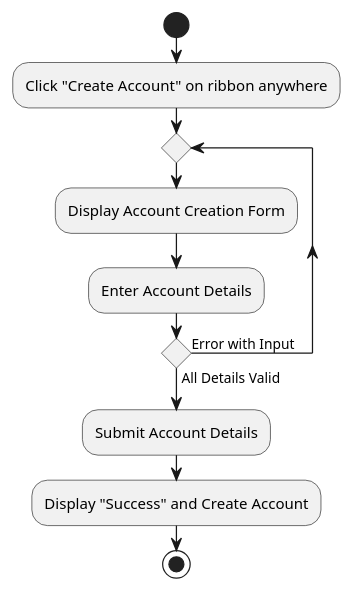
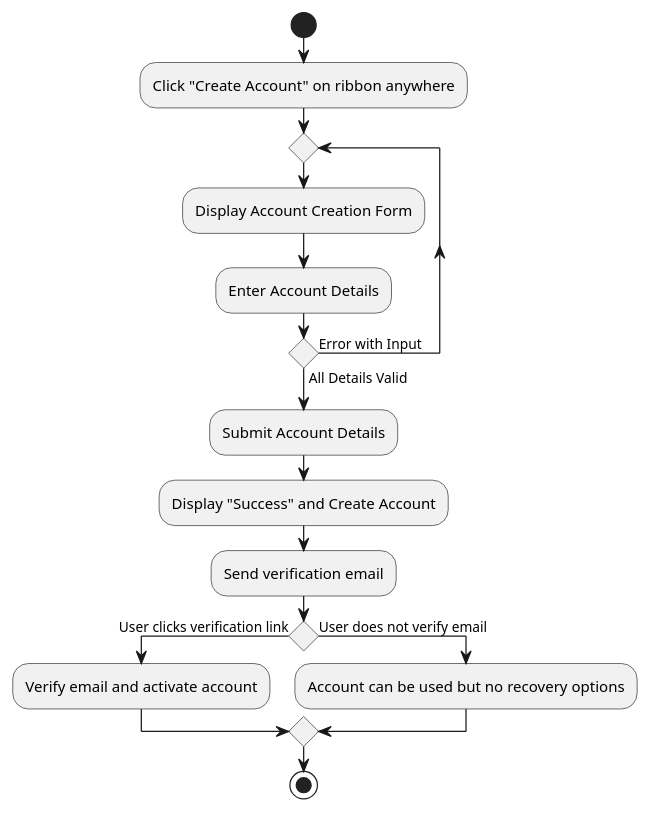
One commit to HighlyHylian/online-ecommerce-platform changed the diagram in diagrams/US-01 Activity.puml. Above: the diagram before and after it, drawn with PlantUML.

Commit message:
Address #100

```diff
--- a/diagrams/US-01 Activity.puml
+++ b/diagrams/US-01 Activity.puml
@@ -1,12 +1,18 @@
 @startuml US-01 - Account Creation Activity
 
 start
 :Click "Create Account" on ribbon anywhere;
 repeat
     :Display Account Creation Form;
     :Enter Account Details;
 repeat while () is (Error with Input) not (All Details Valid)
 :Submit Account Details;
 :Display "Success" and Create Account;
+:Send verification email;
+if () then (User clicks verification link)
+    :Verify email and activate account;
+else (User does not verify email)
+    :Account can be used but no recovery options;
+endif
 stop
 @enduml
```
